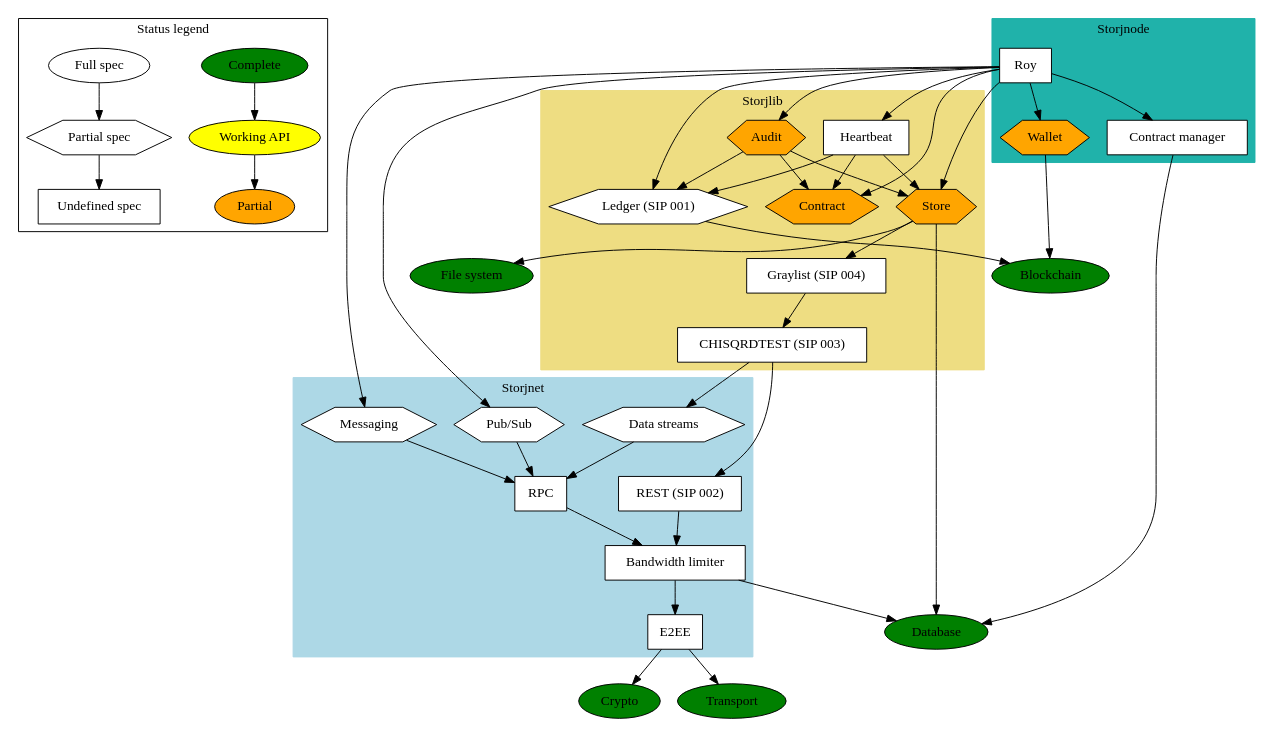
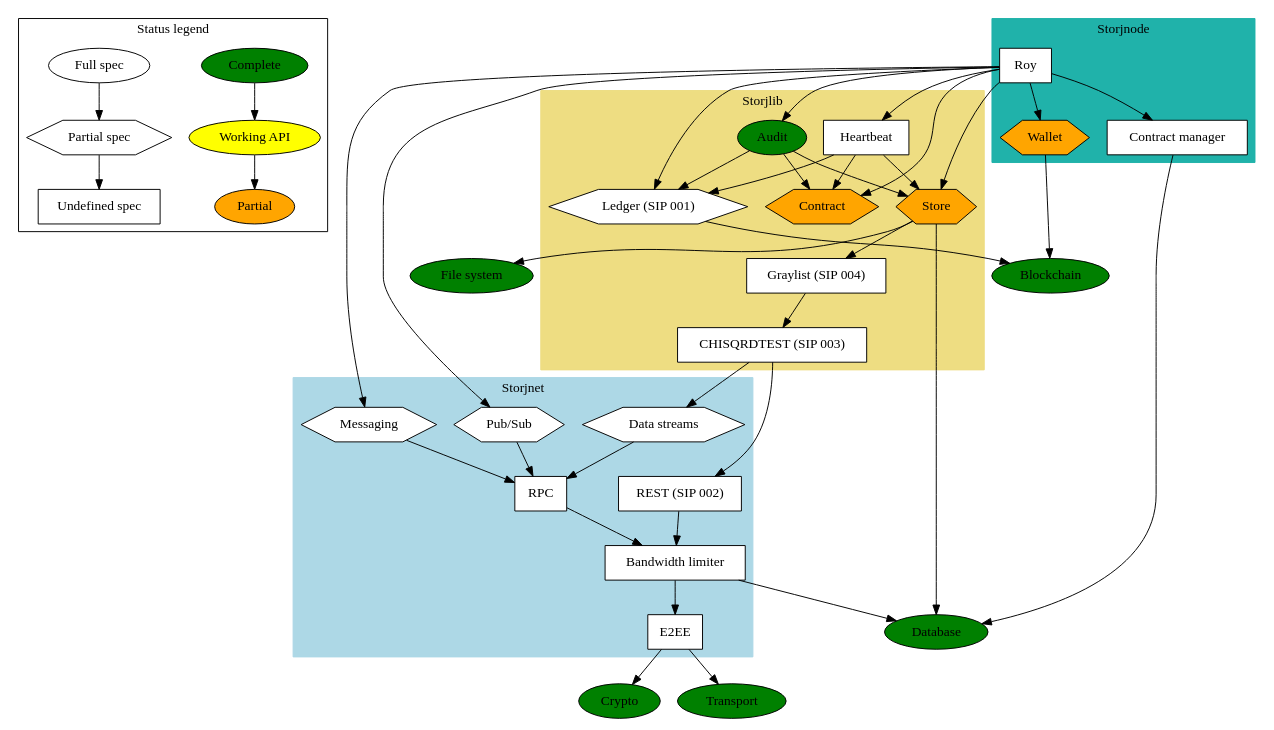
The diagram in status.dot (StorjOld/storjspec), drawn with Graphviz before and after one commit. The commit also changed 1 other file, not shown here.

```diff
--- a/status.dot
+++ b/status.dot
@@ -1,105 +1,105 @@
 // syntax guide: http://www.graphviz.org/pdf/dotguide.pdf
 // compile png: `dot -Tpng status.dot -o status.png`
 // compile pdf: `dot -Tpdf status.dot -o status.pdf`
 
 
 digraph G {
     node [shape="box", style="filled", color="black", fillcolor="white"];
 
     // LEGEND
     subgraph cluster_0 {
         label = "Status legend";
 
         "Complete" [fillcolor=green, shape=ellipse];
         "Working API" [fillcolor=yellow, shape=ellipse];
         "Partial" [fillcolor=orange, shape=ellipse];
 
         "Full spec" [shape=ellipse];
         "Partial spec" [shape=hexagon];
         "Undefined spec" [shape=box];
     };
     "Complete" -> "Working API" -> "Partial";
     "Full spec" -> "Partial spec" -> "Undefined spec";
 
 
     // STORJNET
     subgraph cluster_1 {
         label = "Storjnet";
         style=filled;
         color=lightblue;
 
         "Pub/Sub" [shape=hexagon]; // enable publishing and subscribing to events
         "Data streams" [shape=hexagon]; // full duplex data transfer
         "Messaging" [shape=hexagon]; // to shortcut the pubsub after peer found
         "RPC"; // rpc calls and data transfer between clients
         "E2EE"; // End-to-end encryption
         "Bandwidth limiter";
         "REST (SIP 002)"; // put/get shards
     };
     "Pub/Sub" -> "RPC";
     "Messaging" -> "RPC";
     "Data streams" -> "RPC";
     "RPC" -> "Bandwidth limiter";
     "REST (SIP 002)" -> "Bandwidth limiter";
     "Bandwidth limiter" -> "E2EE";
     "E2EE" -> "Crypto";
     "E2EE" -> "Transport";
     "Bandwidth limiter" -> "Database";
 
     // STORJLIB
     subgraph cluster_2 {
         label = "Storjlib";
         style=filled;
         color=lightgoldenrod;
 
         "Contract" [fillcolor=orange, shape=hexagon]; // terms of a storage contract between peers
-        "Audit" [fillcolor=orange, shape=hexagon]; // track state of a contract over time
+        "Audit" [fillcolor=green, shape=ellipse]; // track state of a contract over time
         "Store" [fillcolor=orange, shape=hexagon];
         "Heartbeat";
         "Ledger (SIP 001)" [shape=hexagon];
         "Graylist (SIP 004)";
         "CHISQRDTEST (SIP 003)";
     };
     "Audit" -> "Contract"; // when/how to perform the audit
     "Audit" -> "Store"; // perform audit challange
     "Audit" -> "Ledger (SIP 001)"; // save result in ledger
     "Heartbeat" -> "Contract";
     "Heartbeat" -> "Store"; // perform heartbeat challange
     "Heartbeat" -> "Ledger (SIP 001)"; // save result in ledger
     "Store" -> "File system";
     "Store" -> "Graylist (SIP 004)";
     "Store" -> "Database";
     "Ledger (SIP 001)" -> "Blockchain";
     "Graylist (SIP 004)" -> "CHISQRDTEST (SIP 003)";
     "CHISQRDTEST (SIP 003)" -> "Data streams";
     "CHISQRDTEST (SIP 003)" -> "REST (SIP 002)";
 
     // STORJNODE
     subgraph cluster_3 {
         label = "Storjnode";
         style=filled;
         color=lightseagreen;
 
         "Roy"; // for sending/receiving of funds for services used 
         "Wallet" [fillcolor=orange, shape=hexagon];
         "Contract manager"; // Store contracts
     };
     "Roy" -> "Contract manager";
     "Contract manager" -> "Database";
     "Wallet" -> "Blockchain";
     "Roy" -> "Messaging";
     "Roy" -> "Audit"; // perform audits
     "Roy" -> "Contract"; // verify agreed to use/provide a service
     "Roy" -> "Heartbeat";
     "Roy" -> "Ledger (SIP 001)"; // verify service was used/provided
     "Roy" -> "Wallet"; // transfer funds
     "Roy" -> "Pub/Sub"; // ask/bid on contracts
     "Roy" -> "Store";
 
     // EXTERNAL
     "File system" [fillcolor=green, shape=ellipse];
     "Crypto" [fillcolor=green, shape=ellipse];
     "Database" [fillcolor=green, shape=ellipse];
     "Blockchain" [fillcolor=green, shape=ellipse];
     "Transport" [fillcolor=green, shape=ellipse];
 }
```
